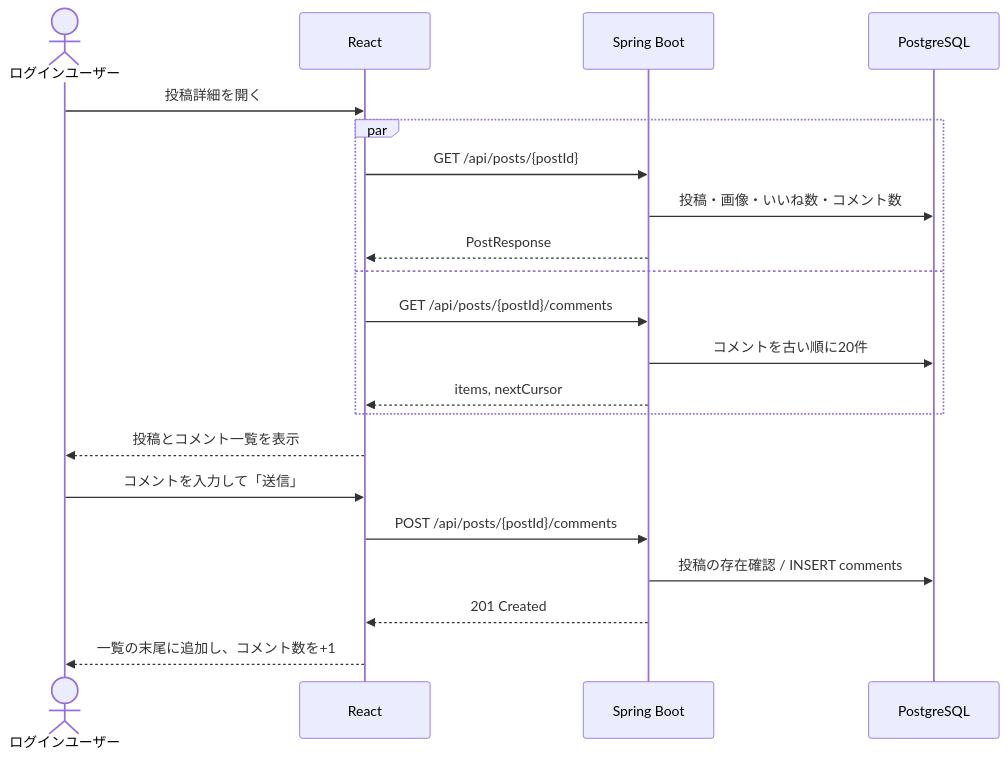
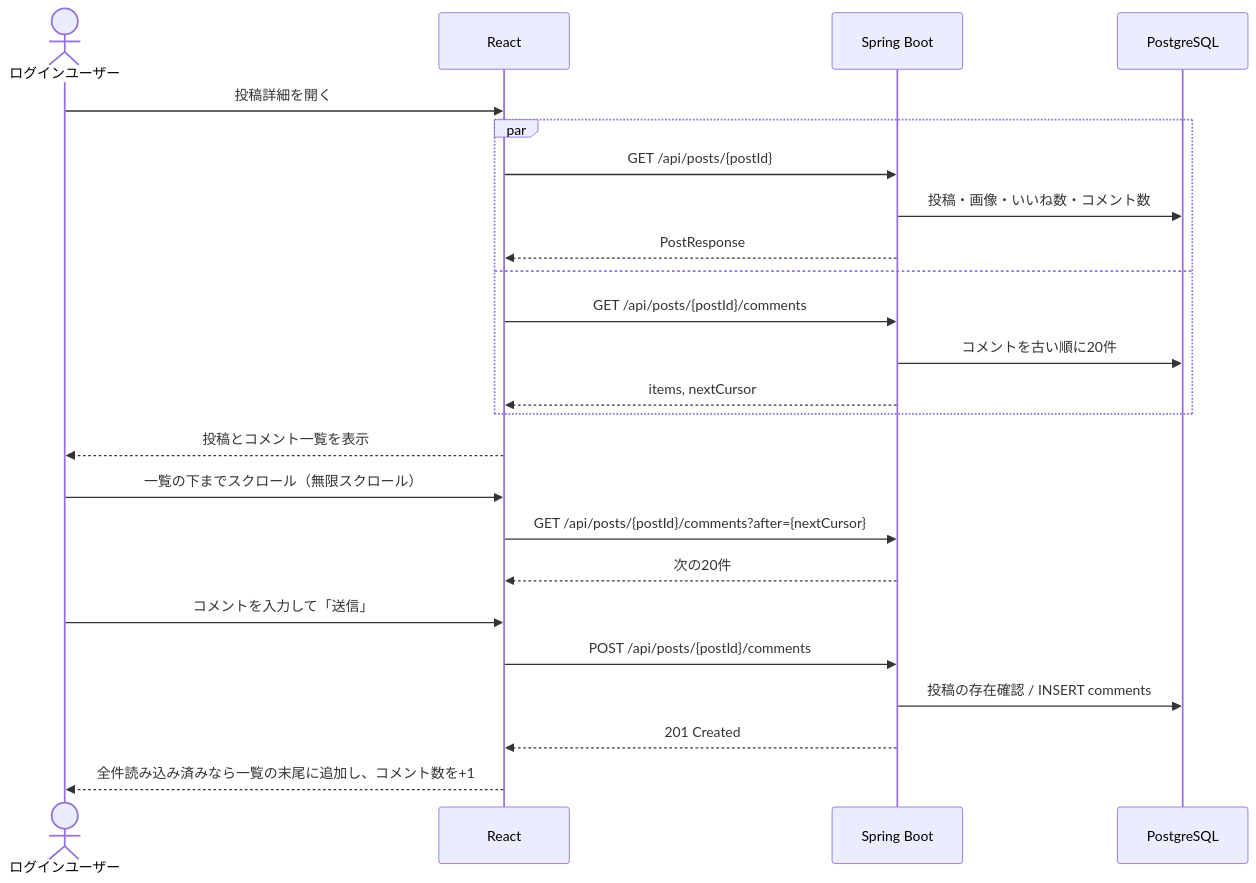
Before and after one commit to takeuchikoutagg/RaiseTime-Line: the diagram in docs/機能定義書/F-05_コメント.md, drawn with Mermaid. The commit also changed other lines of this file and 35 other files, not shown here.

````diff
--- a/docs/機能定義書/F-05_コメント.md
+++ b/docs/機能定義書/F-05_コメント.md
@@ -29,24 +29,27 @@
 ```mermaid
 sequenceDiagram
     actor U as ログインユーザー
     participant F as React
     participant B as Spring Boot
     participant D as PostgreSQL
 
     U->>F: 投稿詳細を開く
     par
         F->>B: GET /api/posts/{postId}
         B->>D: 投稿・画像・いいね数・コメント数
         B-->>F: PostResponse
     and
         F->>B: GET /api/posts/{postId}/comments
         B->>D: コメントを古い順に20件
         B-->>F: items, nextCursor
     end
     F-->>U: 投稿とコメント一覧を表示
+    U->>F: 一覧の下までスクロール（無限スクロール）
+    F->>B: GET /api/posts/{postId}/comments?after={nextCursor}
+    B-->>F: 次の20件
     U->>F: コメントを入力して「送信」
     F->>B: POST /api/posts/{postId}/comments
     B->>D: 投稿の存在確認 / INSERT comments
     B-->>F: 201 Created
-    F-->>U: 一覧の末尾に追加し、コメント数を+1
+    F-->>U: 全件読み込み済みなら一覧の末尾に追加し、コメント数を+1
 ```
````
